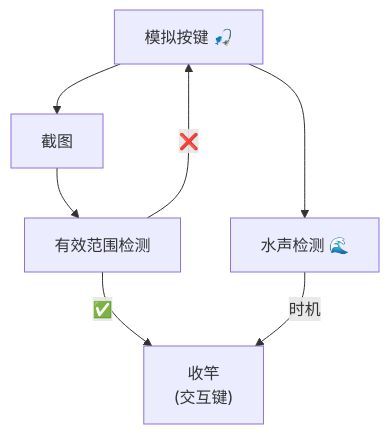
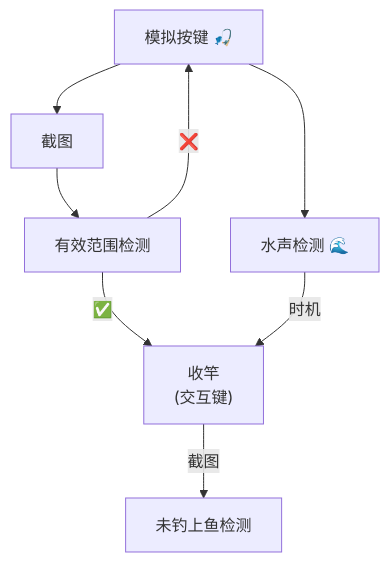
One commit to du00cs/wow-fishing-agent changed the second of 2 diagrams in README.md. Above: the diagram before and after it, drawn with Mermaid. The commit also changed other lines of this file and 73 other files, not shown here.

````diff
--- a/README.md
+++ b/README.md
@@ -42,16 +59,18 @@
 ```mermaid
 graph TD
   cast["模拟按键 🎣"]
   capture["截图"]
   valid["有效范围检测"]
   sed["水声检测 🌊"]
   end1["收竿
   (交互键)"]
+  judge["未钓上鱼检测"]
   
   cast --> capture
   capture --> valid
   cast --> sed
   valid -->|✅| end1
   valid -->|❌|cast
   sed -->|时机|end1
+  end1 --> |截图|judge
 ```
````
